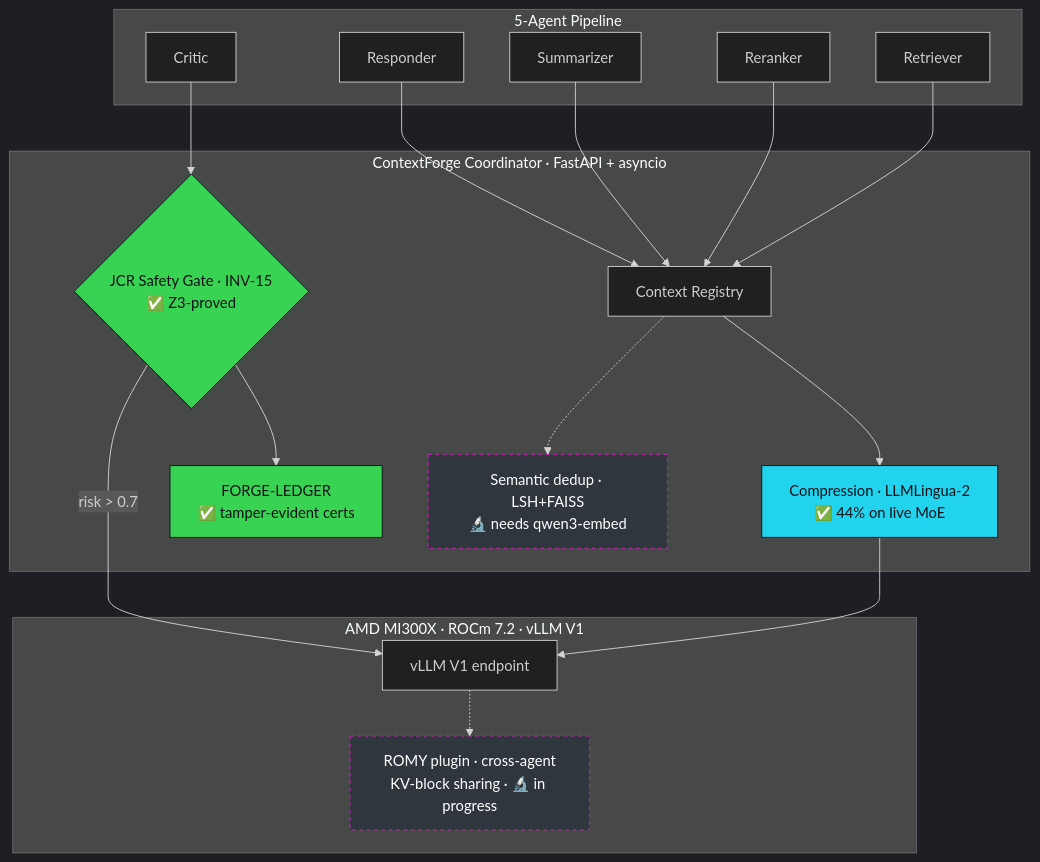
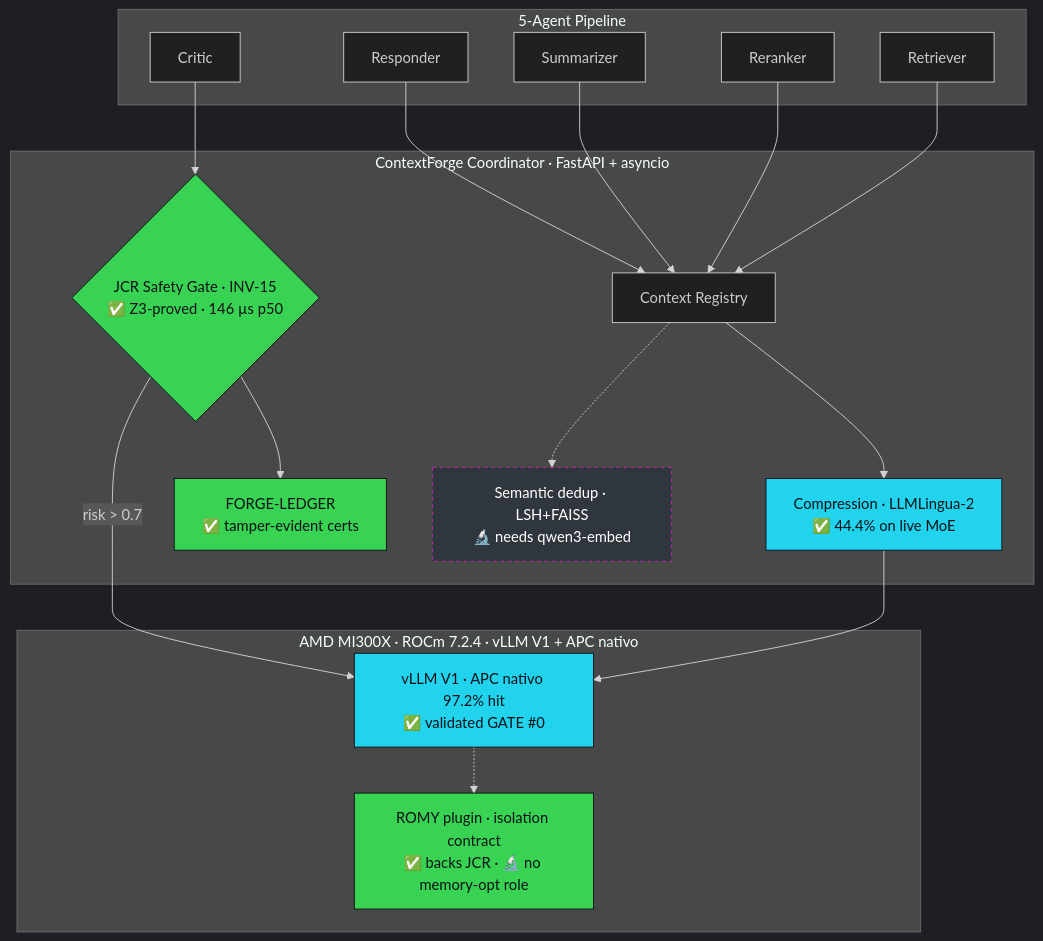
Before and after one commit to SuarezPM/Apohara_Context_Forge: the diagram in README.md, drawn with Mermaid. The commit also changed other lines of this file, not shown here.

````diff
--- a/README.md
+++ b/README.md
@@ -103,28 +110,29 @@
 ```mermaid
 %%{init: {'theme':'dark', 'themeVariables': {'fontFamily':'ui-monospace, monospace'}}}%%
 flowchart TB
     subgraph Agents["5-Agent Pipeline"]
         A1[Retriever] & A2[Reranker] & A3[Summarizer] & A4[Critic] & A5[Responder]
     end
     subgraph CF["ContextForge Coordinator · FastAPI + asyncio"]
         REG["Context Registry"]
-        COMP["Compression · LLMLingua-2<br/>✅ 44% on live MoE"]
-        JCR{"JCR Safety Gate · INV-15<br/>✅ Z3-proved"}
+        COMP["Compression · LLMLingua-2<br/>✅ 44.4% on live MoE"]
+        JCR{"JCR Safety Gate · INV-15<br/>✅ Z3-proved · 146 µs p50"}
         LEDGER["FORGE-LEDGER<br/>✅ tamper-evident certs"]
         DEDUP["Semantic dedup · LSH+FAISS<br/>🔬 needs qwen3-embed"]
     end
-    subgraph Serving["AMD MI300X · ROCm 7.2 · vLLM V1"]
-        VLLM["vLLM V1 endpoint"]
-        ROMY["ROMY plugin · cross-agent<br/>KV-block sharing · 🔬 in progress"]
+    subgraph Serving["AMD MI300X · ROCm 7.2.4 · vLLM V1 + APC nativo"]
+        VLLM["vLLM V1 · APC nativo 97.2% hit<br/>✅ validated GATE #0"]
+        ROMY["ROMY plugin · isolation contract<br/>✅ backs JCR · 🔬 no memory-opt role"]
     end
     A1 & A2 & A3 & A5 --> REG --> COMP --> VLLM
     A4 --> JCR -->|risk > 0.7| VLLM
     JCR --> LEDGER
     REG -.-> DEDUP
     VLLM -.-> ROMY
     style JCR fill:#39D353,stroke:#0D1117,color:#0D1117
     style LEDGER fill:#39D353,stroke:#0D1117,color:#0D1117
     style COMP fill:#22D3EE,stroke:#0D1117,color:#0D1117
-    style ROMY fill:#30363D,stroke:#C724B1,color:#fff,stroke-dasharray:4
+    style VLLM fill:#22D3EE,stroke:#0D1117,color:#0D1117
+    style ROMY fill:#39D353,stroke:#0D1117,color:#0D1117,stroke-dasharray:0
     style DEDUP fill:#30363D,stroke:#C724B1,color:#fff,stroke-dasharray:4
 ```
````
